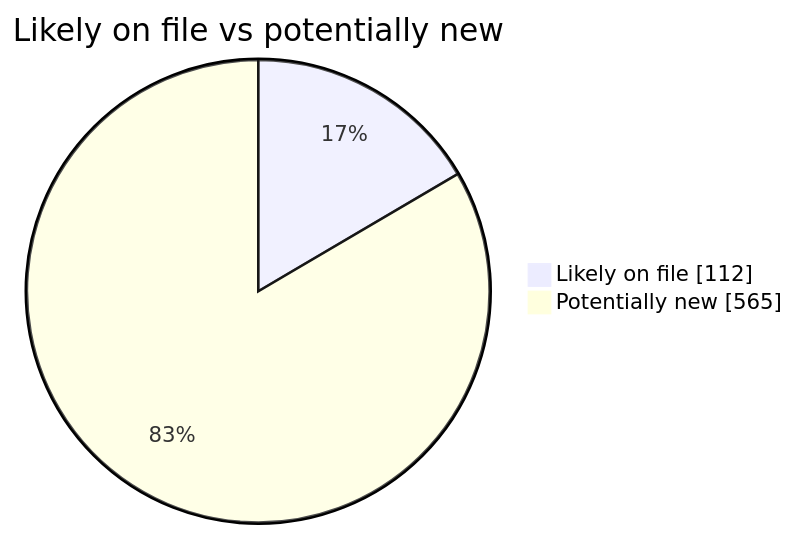
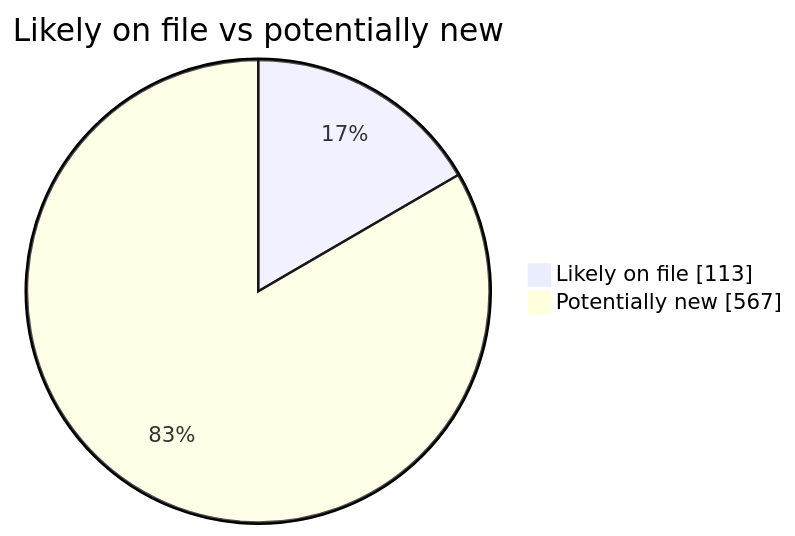
One commit to martinbalfanz/social-scanner-reports changed the second of 4 diagrams in README.md. Above: the diagram before and after it, drawn with Mermaid. The commit also changed other lines of this file and 4 other files, not shown here.

````diff
--- a/README.md
+++ b/README.md
@@ -40,5 +40,5 @@
 ```mermaid
 pie showData title Likely on file vs potentially new
-    "Likely on file" : 112
-    "Potentially new" : 565
+    "Likely on file" : 113
+    "Potentially new" : 567
 ```
````
